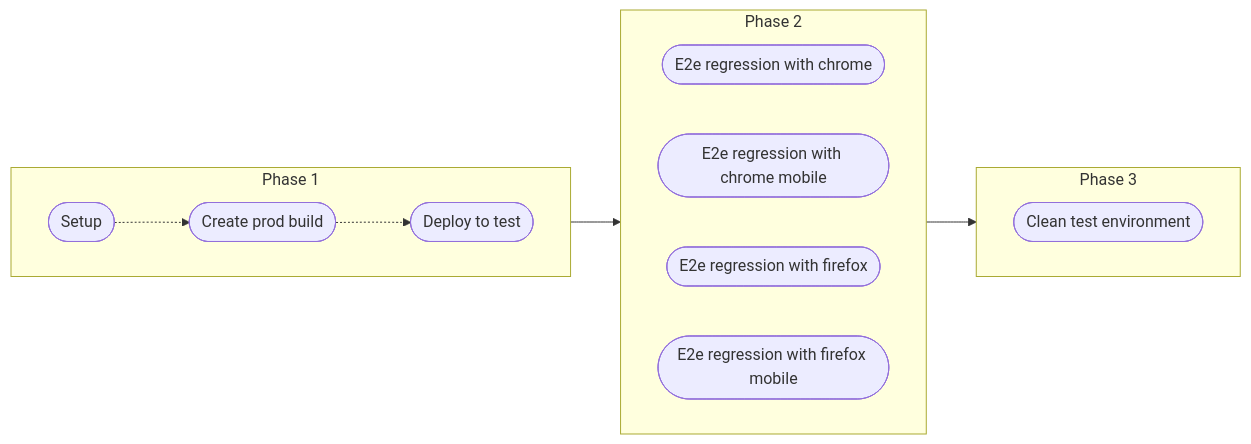
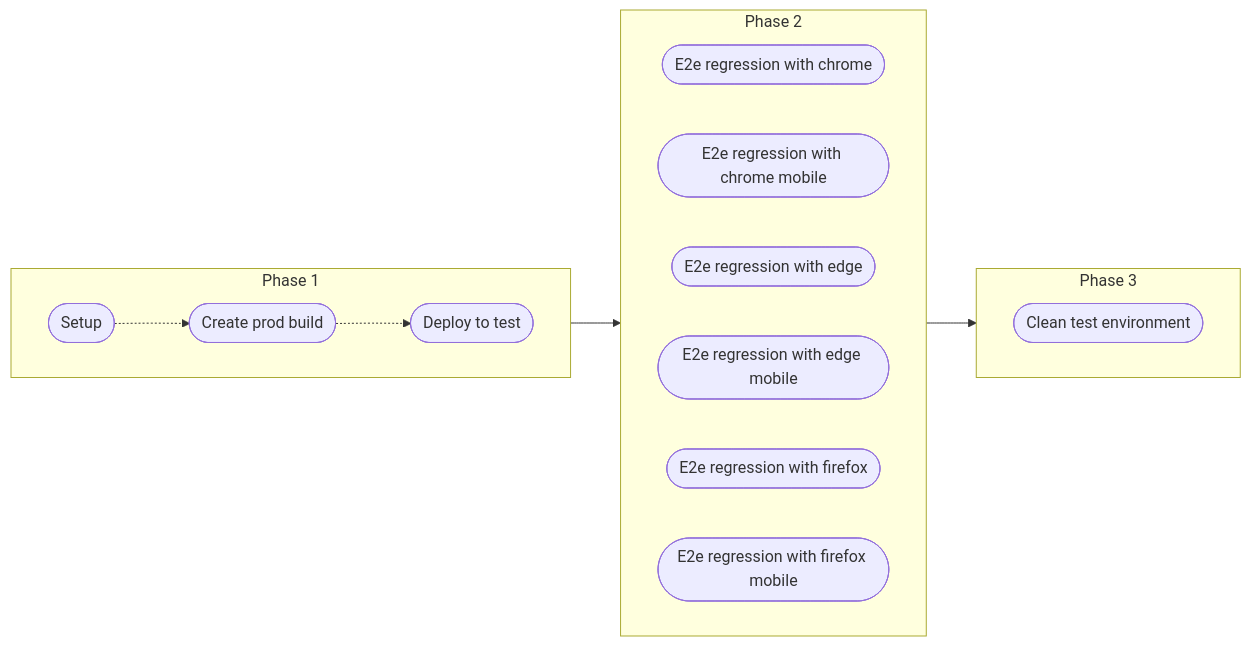
One commit to gnowth/gnowth changed the sixth of 11 diagrams in docs/pipeline.md. Above: the diagram before and after it, drawn with Mermaid. The commit also changed other lines of this file and 8 other files, not shown here.

````diff
--- a/docs/pipeline.md
+++ b/docs/pipeline.md
@@ -104,29 +131,31 @@
 ```mermaid
   flowchart LR
     BUILD([Create prod build])
     DEPLOY([Deploy to test])
     SETUP([Setup])
 
     subgraph PHASE1[Phase 1]
       direction LR
 
       SETUP -.-> BUILD -.-> DEPLOY
     end
 
     subgraph PHASE2[Phase 2]
       direction LR
 
       E2ECHROME([E2e regression with chrome])
       E2ECHROMEMOBILE([E2e regression with chrome mobile])
+      E2EEDGE([E2e regression with edge])
+      E2EEDGEMOBILE([E2e regression with edge mobile])
       E2EFIREFOX([E2e regression with firefox])
       E2EFIREFOXMOBILE([E2e regression with firefox mobile])
     end
 
     subgraph PHASE3[Phase 3]
       direction LR
 
       CLEAN([Clean test environment])
     end
 
     PHASE1 --> PHASE2 --> PHASE3
 ```
````
